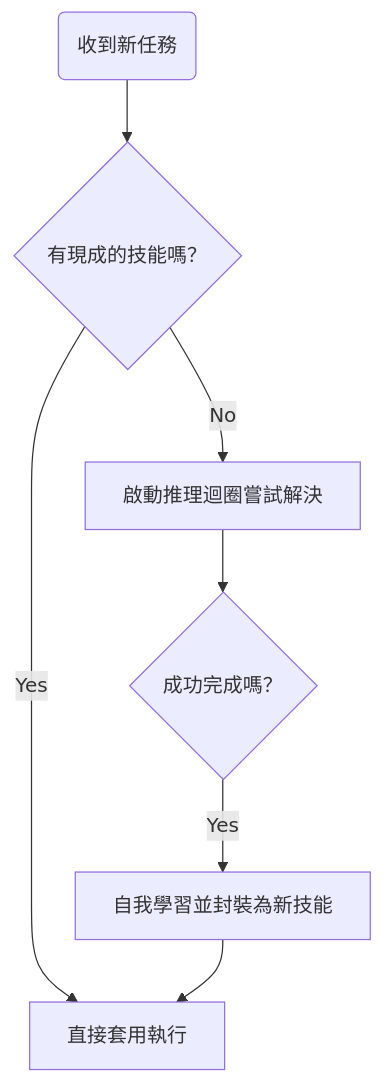
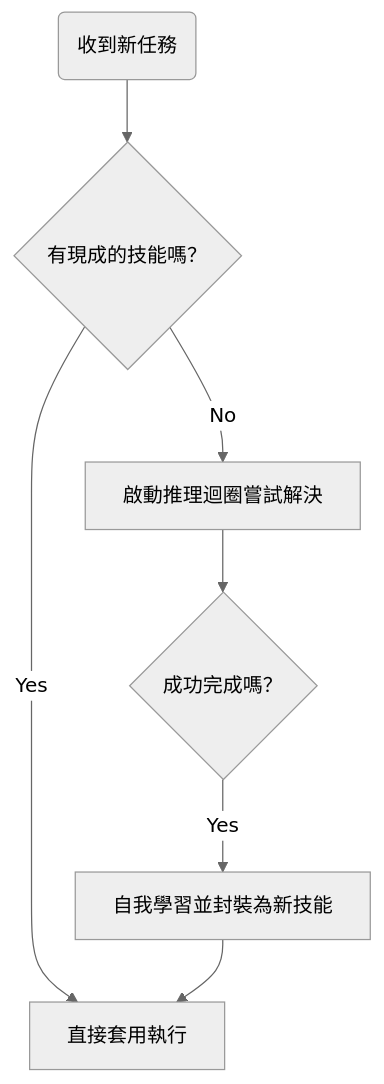
The first of 2 diagrams in subjects/m5/chapter4.qmd (perng/ai-cert), drawn with Mermaid before and after one commit. The commit also changed other lines of this file and 5 other files, not shown here.

````diff
--- a/subjects/m5/chapter4.qmd
+++ b/subjects/m5/chapter4.qmd
@@ -50,9 +50,10 @@
 ```{mermaid}
+%%{init: {'theme': 'neutral'}}%%
 flowchart TD
     Task(收到新任務) --> Eval{有現成的技能嗎？}
     Eval --> |Yes| Exec[直接套用執行]
     Eval --> |No| LLM[啟動推理迴圈嘗試解決]
     LLM --> Success{成功完成嗎？}
     Success --> |Yes| Pack[自我學習並封裝為新技能]
     Pack --> Exec
 ```
````
